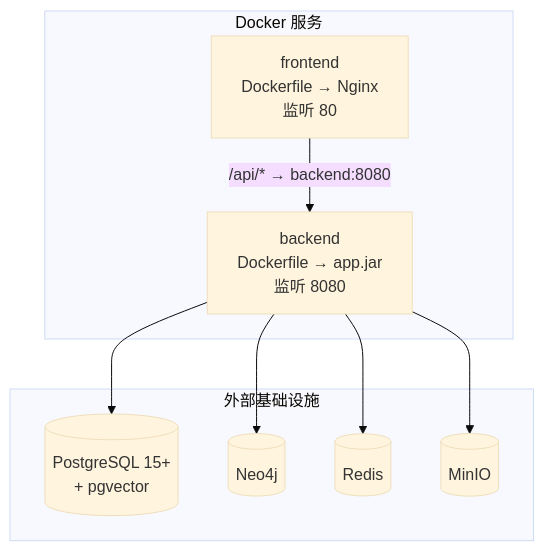
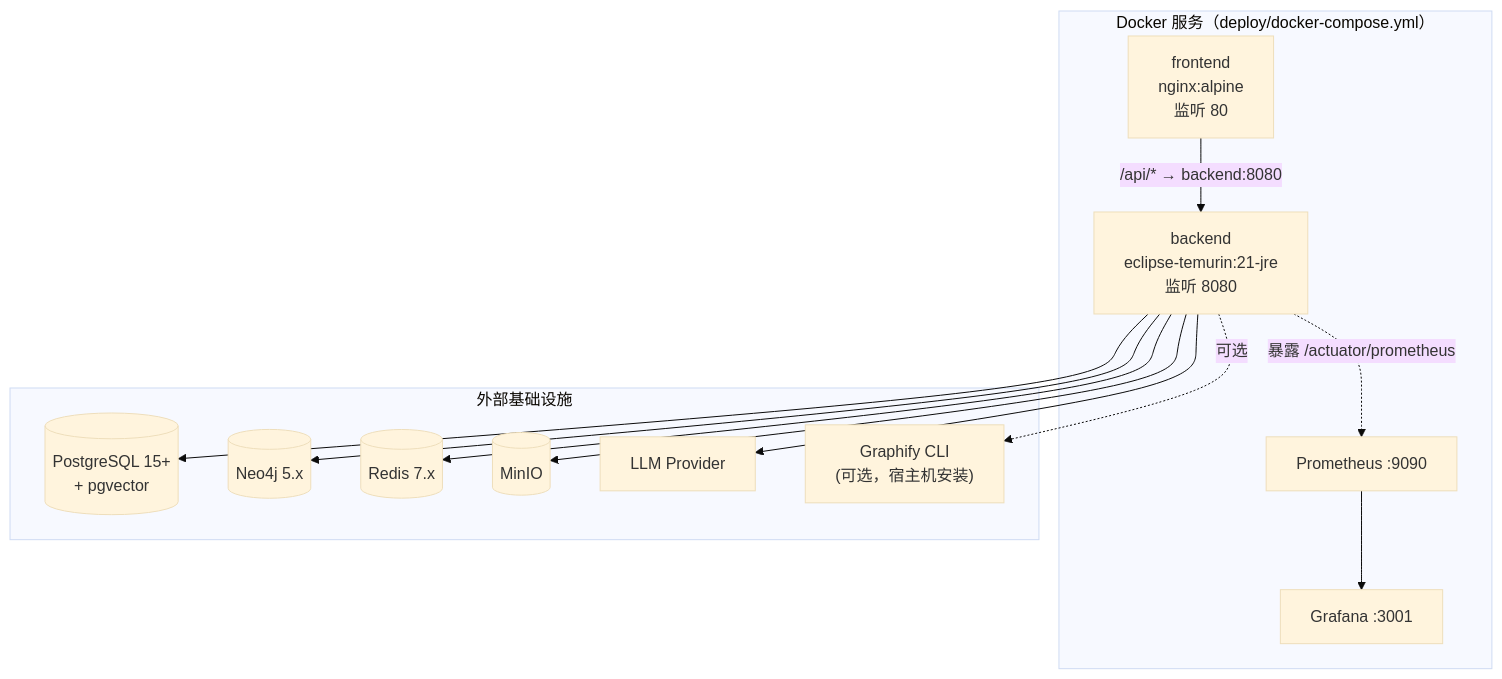
Before and after one commit to loveliunian/LegacyGraph: diagram 15 of 15 in doc/整体技术文档/架构设计文档.md, drawn with Mermaid (base theme). The commit also changed other lines of this file and 127 other files, not shown here.

First line of the commit message:
feat: 新增Graphify联邦集成与图谱治理能力

````diff
--- a/doc/整体技术文档/架构设计文档.md
+++ b/doc/整体技术文档/架构设计文档.md
@@ -721,20 +868,28 @@
 ```mermaid
 graph TB
-    subgraph "Docker 服务"
-        BE["backend<br/>Dockerfile → app.jar<br/>监听 8080"]
-        FE["frontend<br/>Dockerfile → Nginx<br/>监听 80"]
+    subgraph "Docker 服务（deploy/docker-compose.yml）"
+        BE["backend<br/>eclipse-temurin:21-jre<br/>监听 8080"]
+        FE["frontend<br/>nginx:alpine<br/>监听 80"]
+        Prom["Prometheus :9090"]
+        Graf["Grafana :3001"]
     end
 
     subgraph "外部基础设施"
         PG[("PostgreSQL 15+<br/>+ pgvector")]
-        NEO[("Neo4j")]
-        RED[("Redis")]
+        NEO[("Neo4j 5.x")]
+        RED[("Redis 7.x")]
         MIN[("MinIO")]
+        LLM["LLM Provider"]
+        GFY["Graphify CLI<br/>(可选，宿主机安装)"]
     end
 
     FE -->|"/api/* → backend:8080"| BE
     BE --> PG
     BE --> NEO
     BE --> RED
     BE --> MIN
+    BE --> LLM
+    BE -.可选.-> GFY
+    BE -.暴露 /actuator/prometheus.-> Prom
+    Prom --> Graf
 ```
````
